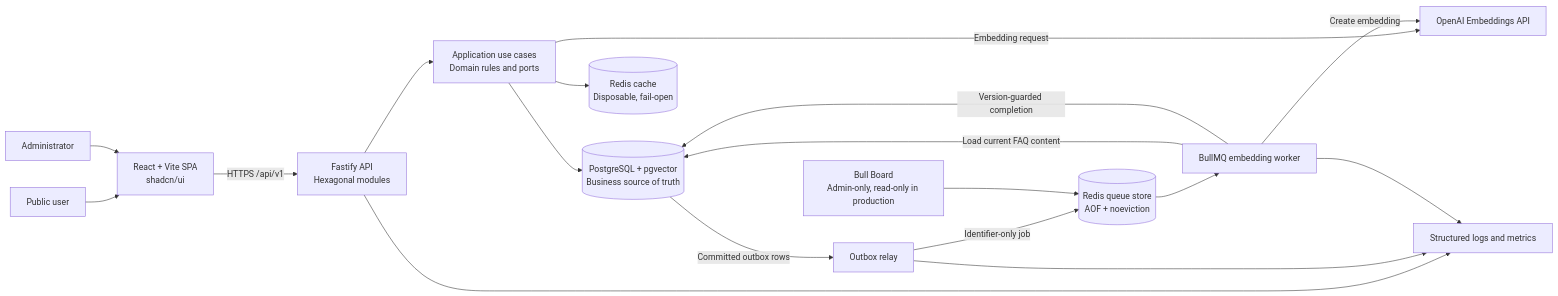
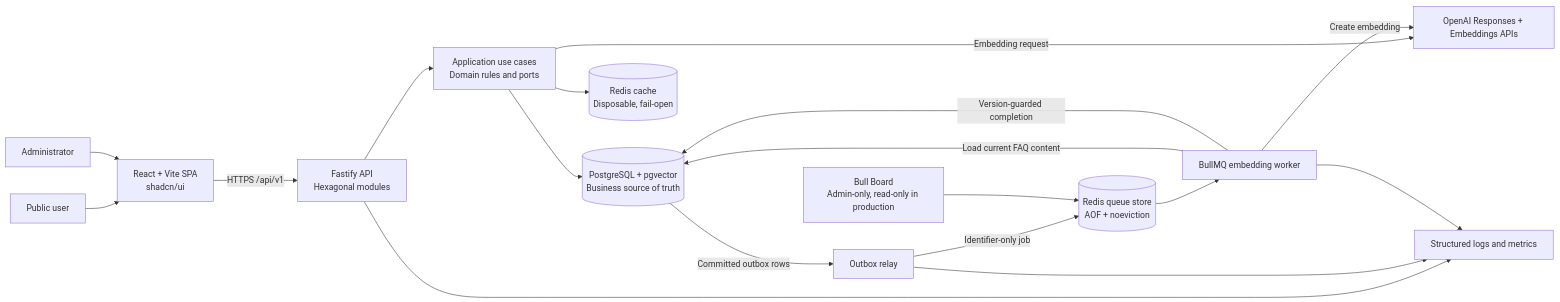
The first of 2 diagrams in docs/system-design.md (fbsis/faq-ia-poc), drawn with Mermaid before and after one commit. The commit also changed other lines of this file and 3 other files, not shown here.

````diff
--- a/docs/system-design.md
+++ b/docs/system-design.md
@@ -86,34 +89,34 @@
 ```mermaid
 flowchart LR
     Public["Public user"]
     Admin["Administrator"]
     Web["React + Vite SPA<br/>shadcn/ui"]
     API["Fastify API<br/>Hexagonal modules"]
     Domain["Application use cases<br/>Domain rules and ports"]
     DB[("PostgreSQL + pgvector<br/>Business source of truth")]
     Cache[("Redis cache<br/>Disposable, fail-open")]
     Outbox["Outbox relay"]
     Queue[("Redis queue store<br/>AOF + noeviction")]
     Worker["BullMQ embedding worker"]
-    OpenAI["OpenAI Embeddings API"]
+    OpenAI["OpenAI Responses + Embeddings APIs"]
     Board["Bull Board<br/>Admin-only, read-only in production"]
     Obs["Structured logs and metrics"]
 
     Public --> Web
     Admin --> Web
     Web -->|"HTTPS /api/v1"| API
     API --> Domain
     Domain --> DB
     Domain --> Cache
     Domain -->|"Embedding request"| OpenAI
     DB -->|"Committed outbox rows"| Outbox
     Outbox -->|"Identifier-only job"| Queue
     Queue --> Worker
     Worker -->|"Load current FAQ content"| DB
     Worker -->|"Create embedding"| OpenAI
     Worker -->|"Version-guarded completion"| DB
     Board --> Queue
     API --> Obs
     Outbox --> Obs
     Worker --> Obs
 ```
````
